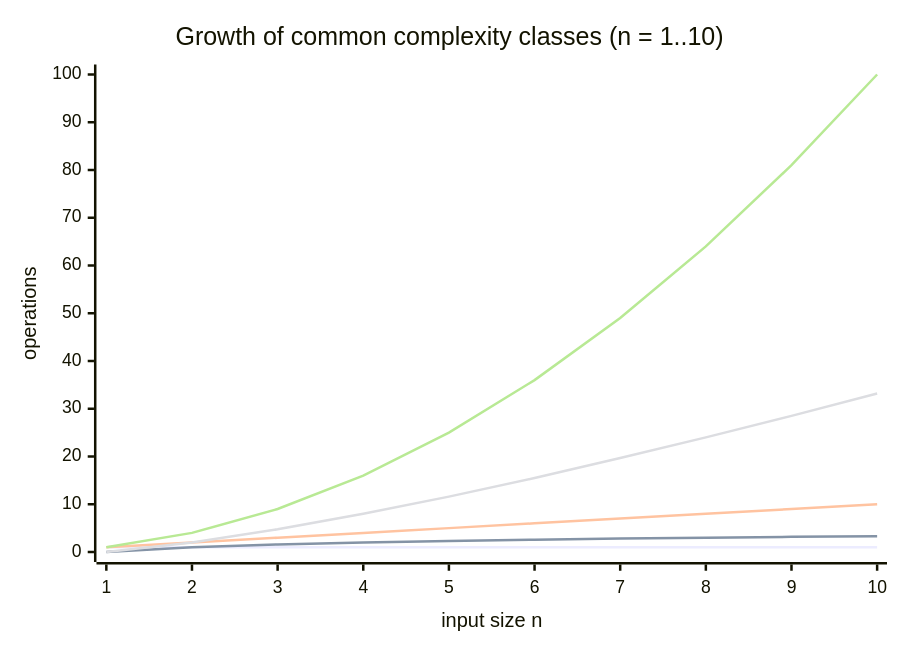
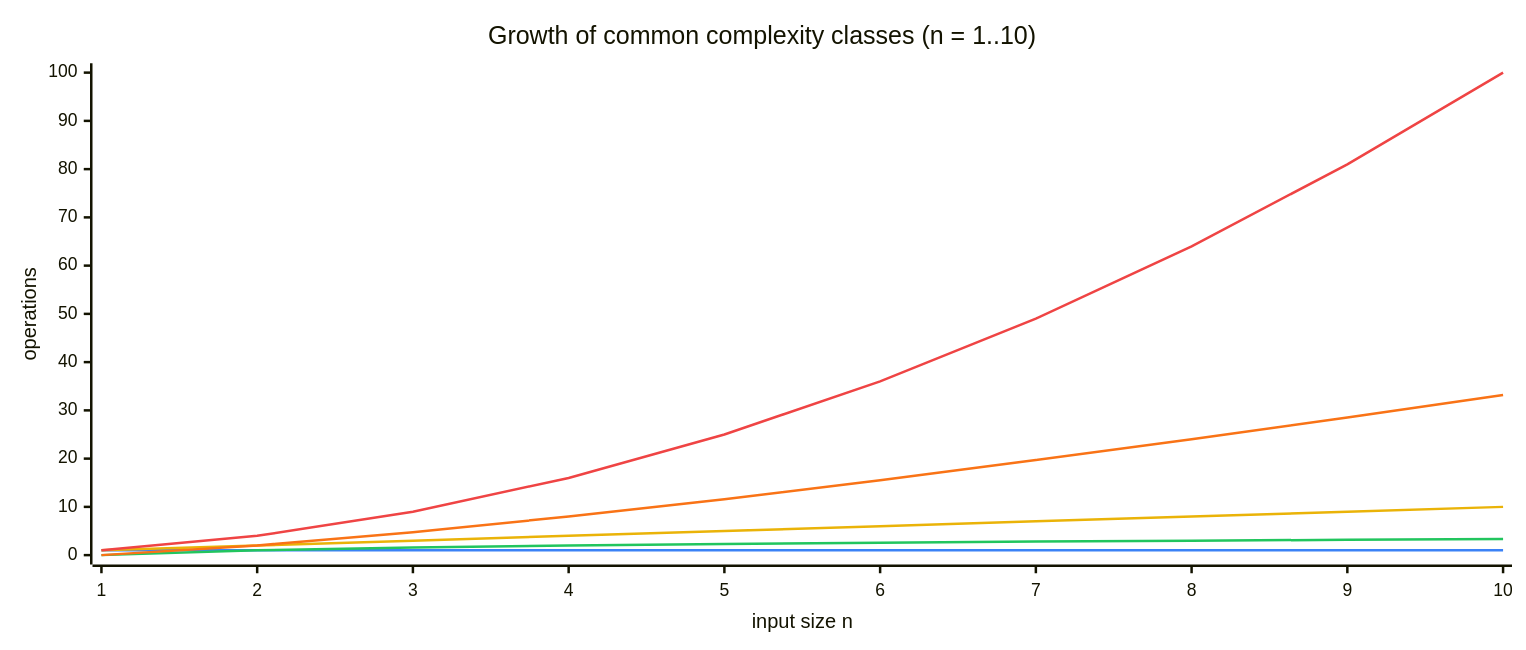
Before and after one commit to grafanaKibana/devbook.zip: the first of 2 diagrams in Vault/Home/Computer Science/Big O Notation.md, drawn with Mermaid. The commit also changed other lines of this file and 168 other files, not shown here.

Commit message:
notes: rename topics to Software Architecture & Software Design; split out Testing

````diff
--- a/Vault/Home/Computer Science/Big O Notation.md
+++ b/Vault/Home/Computer Science/Big O Notation.md
@@ -26,11 +26,20 @@
 ```mermaid
+---
+config:
+  xyChart:
+    width: 1200
+    height: 500
+  themeVariables:
+    xyChart:
+      plotColorPalette: "#3b82f6, #22c55e, #eab308, #f97316, #ef4444"
+---
 xychart-beta
   title "Growth of common complexity classes (n = 1..10)"
   x-axis "input size n" [1, 2, 3, 4, 5, 6, 7, 8, 9, 10]
   y-axis "operations" 0 --> 100
   line [1, 1, 1, 1, 1, 1, 1, 1, 1, 1]
   line [0, 1, 1.58, 2, 2.32, 2.58, 2.81, 3, 3.17, 3.32]
   line [1, 2, 3, 4, 5, 6, 7, 8, 9, 10]
   line [0, 2, 4.75, 8, 11.6, 15.5, 19.7, 24, 28.5, 33.2]
   line [1, 4, 9, 16, 25, 36, 49, 64, 81, 100]
 ```
````
